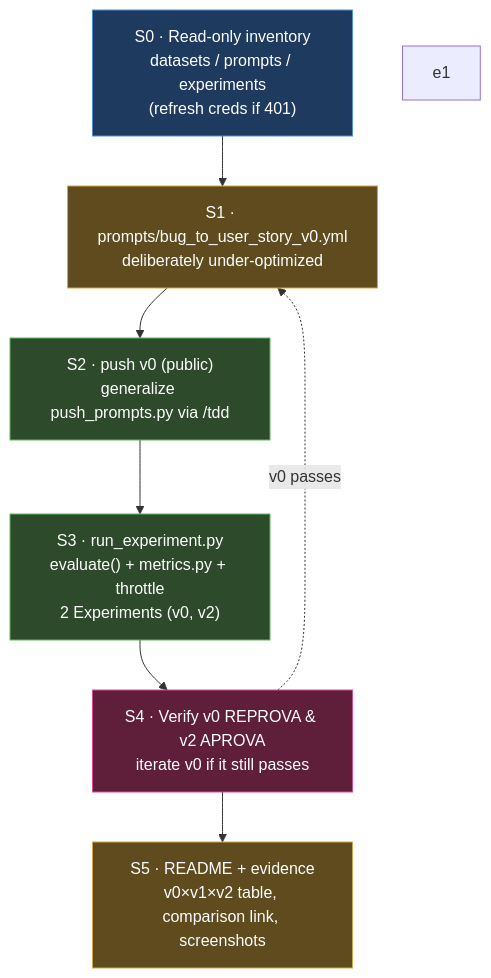
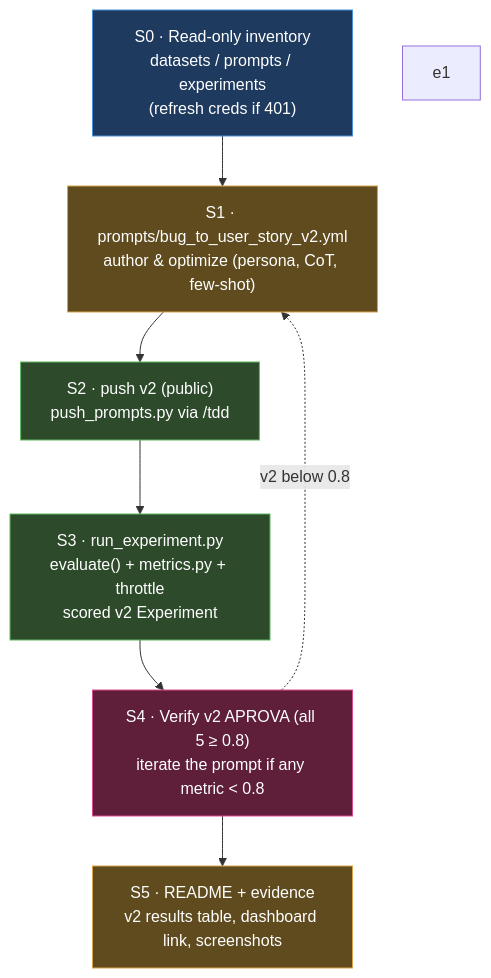
One commit to rodrigorjsf/mba-ia-pull-evaluation-prompt changed the second of 2 diagrams in docs/PLAN.md. Above: the diagram before and after it, drawn with Mermaid. The commit also changed other lines of this file and 14 other files, not shown here.

````diff
--- a/docs/PLAN.md
+++ b/docs/PLAN.md
@@ -104,18 +104,18 @@
 ```mermaid
 flowchart TD
     classDef setup fill:#1e3a5f,stroke:#4a90d9,color:#fff
     classDef code fill:#2d4a2b,stroke:#5cb85c,color:#fff
     classDef artifact fill:#5f4b1e,stroke:#d9a44a,color:#fff
     classDef loop fill:#5f1e3a,stroke:#d94a90,color:#fff
 
     S0["S0 · Read-only inventory<br/>datasets / prompts / experiments<br/>(refresh creds if 401)"]:::setup
-    S1["S1 · prompts/bug_to_user_story_v0.yml<br/>deliberately under-optimized"]:::artifact
-    S2["S2 · push v0 (public)<br/>generalize push_prompts.py via /tdd"]:::code
-    S3["S3 · run_experiment.py<br/>evaluate() + metrics.py + throttle<br/>2 Experiments (v0, v2)"]:::code
-    S4["S4 · Verify v0 REPROVA & v2 APROVA<br/>iterate v0 if it still passes"]:::loop
-    S5["S5 · README + evidence<br/>v0×v1×v2 table, comparison link, screenshots"]:::artifact
+    S1["S1 · prompts/bug_to_user_story_v2.yml<br/>author & optimize (persona, CoT, few-shot)"]:::artifact
+    S2["S2 · push v2 (public)<br/>push_prompts.py via /tdd"]:::code
+    S3["S3 · run_experiment.py<br/>evaluate() + metrics.py + throttle<br/>scored v2 Experiment"]:::code
+    S4["S4 · Verify v2 APROVA (all 5 ≥ 0.8)<br/>iterate the prompt if any metric < 0.8"]:::loop
+    S5["S5 · README + evidence<br/>v2 results table, dashboard link, screenshots"]:::artifact
 
     S0 --> S1 --> S2 --> S3 --> S4 --> S5
-    S4 -.->|v0 passes| S1
+    S4 -.->|v2 below 0.8| S1
     e1@{ animate: true }
 ```
````
